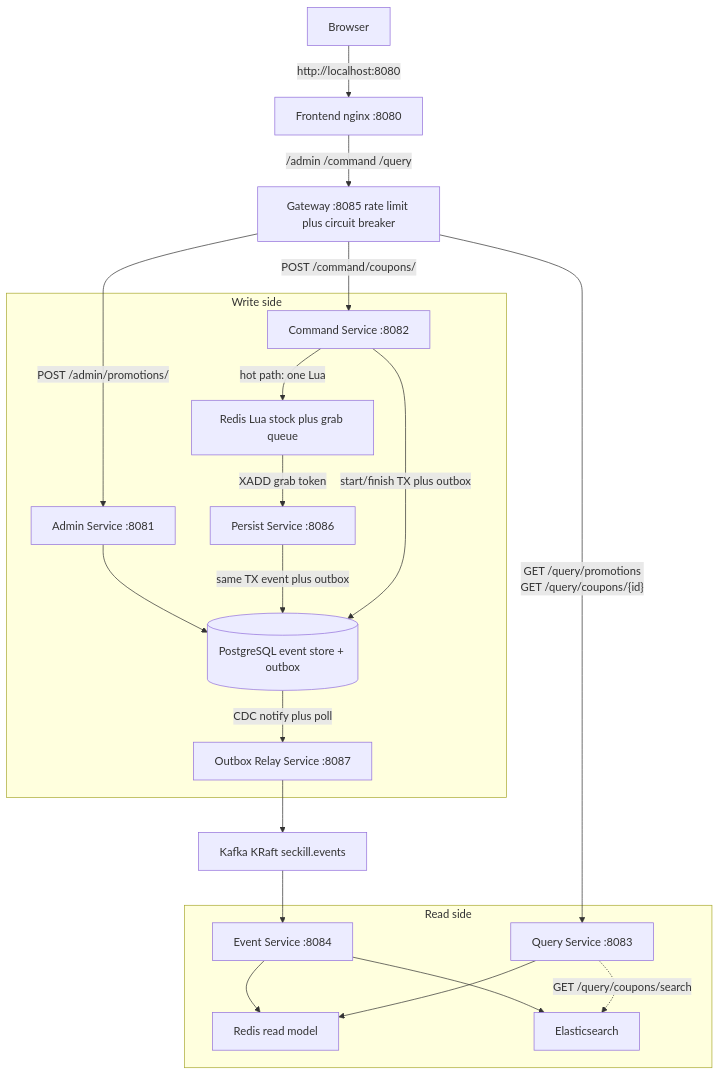
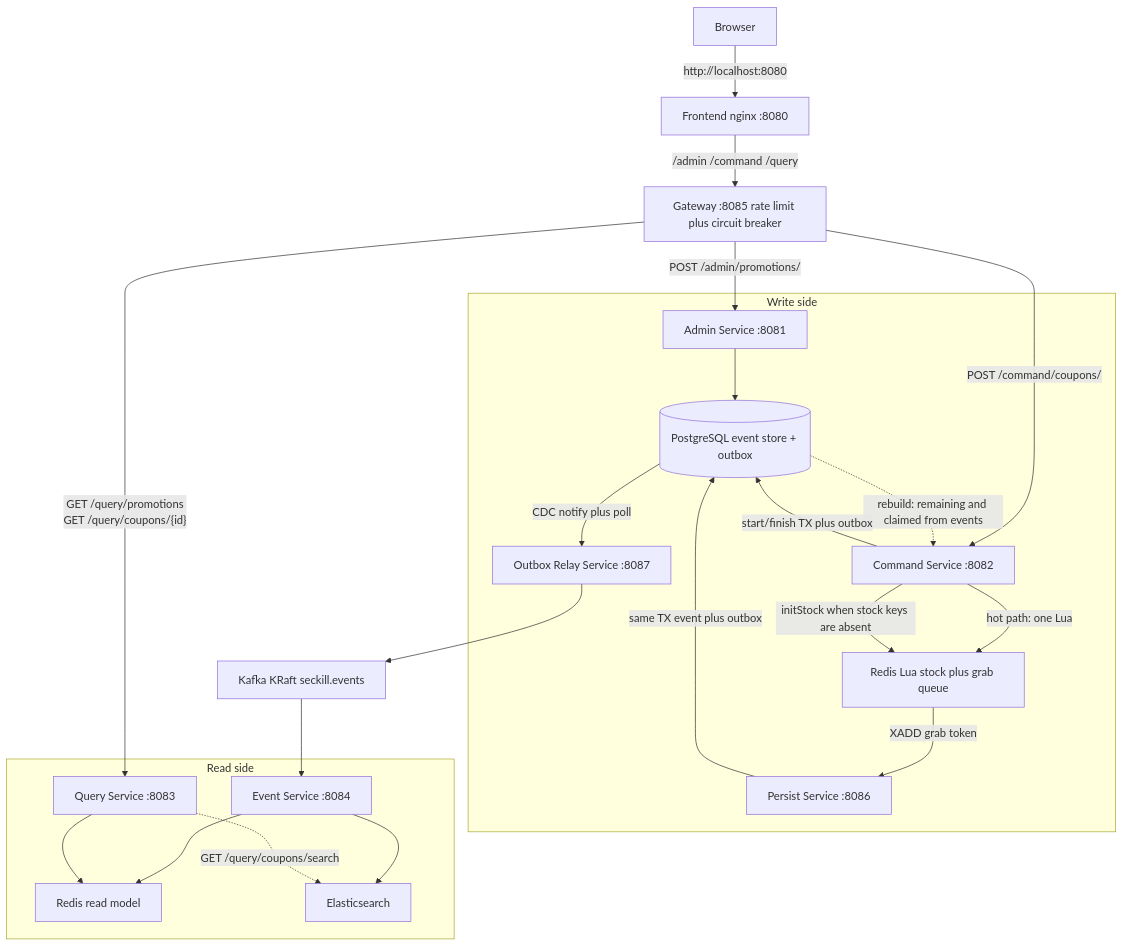
The first of 4 diagrams in README.md (fanqingsong/seckill), drawn with Mermaid before and after one commit. The commit also changed other lines of this file and 3 other files, not shown here.

First line of the commit message:
Document hot-path stock rebuild from the event table in the architecture.

````diff
--- a/README.md
+++ b/README.md
@@ -41,42 +41,44 @@
 ```mermaid
 flowchart TB
   User["Browser"]
   FE["Frontend nginx :8080"]
   GW["Gateway :8085 rate limit plus circuit breaker"]
 
   subgraph writeSide["Write side"]
     Admin["Admin Service :8081"]
     Cmd["Command Service :8082"]
     Persist["Persist Service :8086"]
     Relay["Outbox Relay Service :8087"]
     RedisHot["Redis Lua stock plus grab queue"]
     PG[("PostgreSQL event store + outbox")]
   end
 
   Kafka["Kafka KRaft seckill.events"]
 
   subgraph readSide["Read side"]
     Event["Event Service :8084"]
     Query["Query Service :8083"]
     RedisRead["Redis read model"]
     ES["Elasticsearch"]
   end
 
   User -->|"http://localhost:8080"| FE
   FE -->|"/admin /command /query"| GW
   GW -->|"POST /admin/promotions/"| Admin
   GW -->|"POST /command/coupons/"| Cmd
   GW -->|"GET /query/promotions<br/>GET /query/coupons/{id}"| Query
   Admin --> PG
   Cmd -->|"hot path: one Lua"| RedisHot
+  Cmd -->|"initStock when stock keys are absent"| RedisHot
+  PG -.->|"rebuild: remaining and claimed from events"| Cmd
   RedisHot -->|"XADD grab token"| Persist
   Persist -->|"same TX event plus outbox"| PG
   Cmd -->|"start/finish TX plus outbox"| PG
   PG -->|"CDC notify plus poll"| Relay
   Relay --> Kafka
   Kafka --> Event
   Event --> RedisRead
   Event --> ES
   Query --> RedisRead
   Query -.->|"GET /query/coupons/search"| ES
 ```
````
